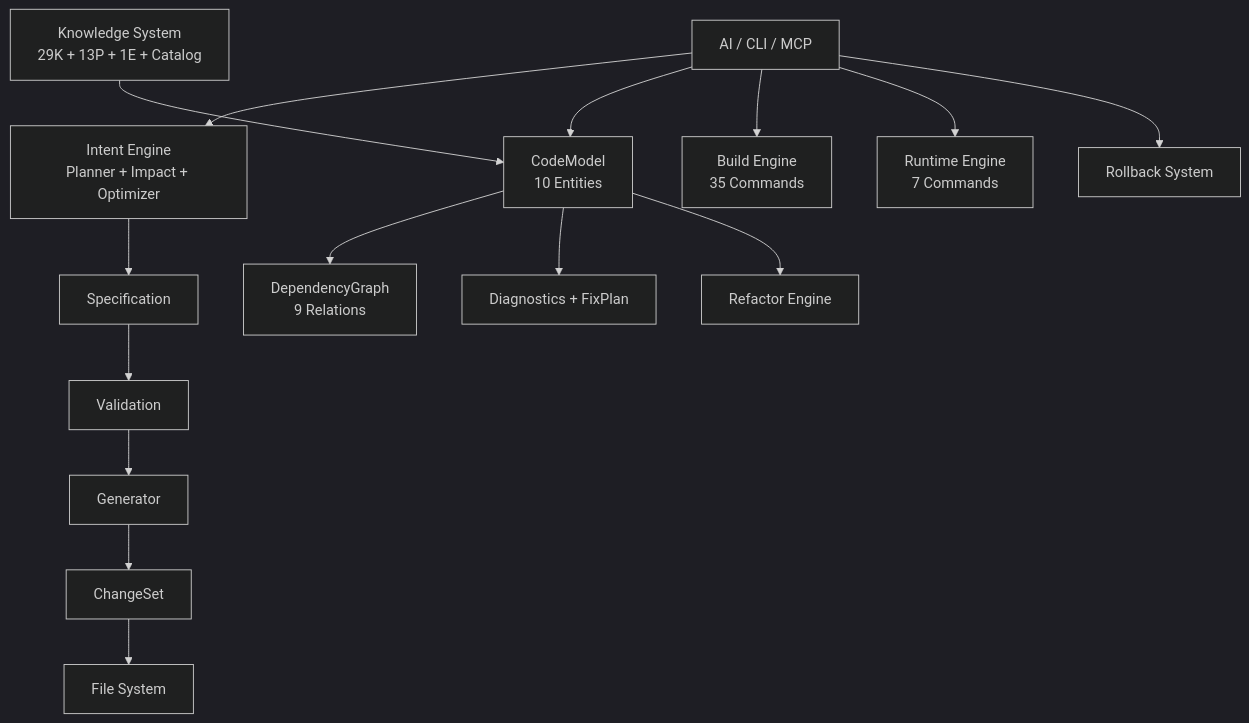
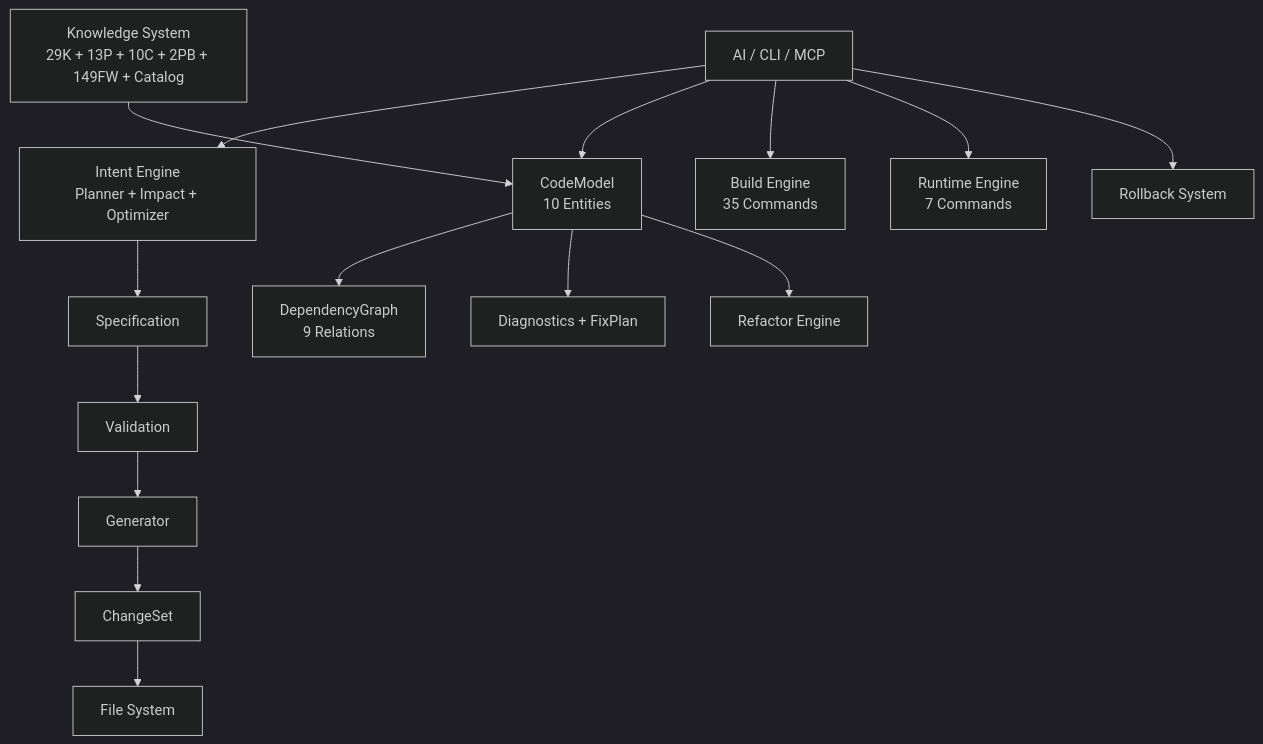
Before and after one commit to chenlei-gh/CADE: the diagram in .agents/skills/catia-caa-dev/docs/WIKI_HOME.md, drawn with Mermaid (dark theme). The commit also changed other lines of this file and 168 other files, not shown here.

First line of the commit message:
Add 5-layer knowledge architecture: capabilities(10), playbooks(2+README), frameworks(149 auto-generated)

````diff
--- a/.agents/skills/catia-caa-dev/docs/WIKI_HOME.md
+++ b/.agents/skills/catia-caa-dev/docs/WIKI_HOME.md
@@ -138,20 +138,20 @@
 ```mermaid
 graph TD
     A[AI / CLI / MCP] --> P[Intent Engine<br/>Planner + Impact + Optimizer]
     P --> B[Specification]
     B --> C[Validation]
     C --> D[Generator]
     D --> E[ChangeSet]
     E --> F[File System]
 
     A --> G[CodeModel<br/>10 Entities]
     G --> H[DependencyGraph<br/>9 Relations]
     G --> I[Diagnostics + FixPlan]
     G --> J[Refactor Engine]
 
     A --> K[Build Engine<br/>35 Commands]
     A --> L[Runtime Engine<br/>7 Commands]
     A --> M[Rollback System]
 
-    N[Knowledge System<br/>29K + 13P + 1E + Catalog] --> G
+    N[Knowledge System<br/>29K + 13P + 10C + 2PB + 149FW + Catalog] --> G
 ```
````
